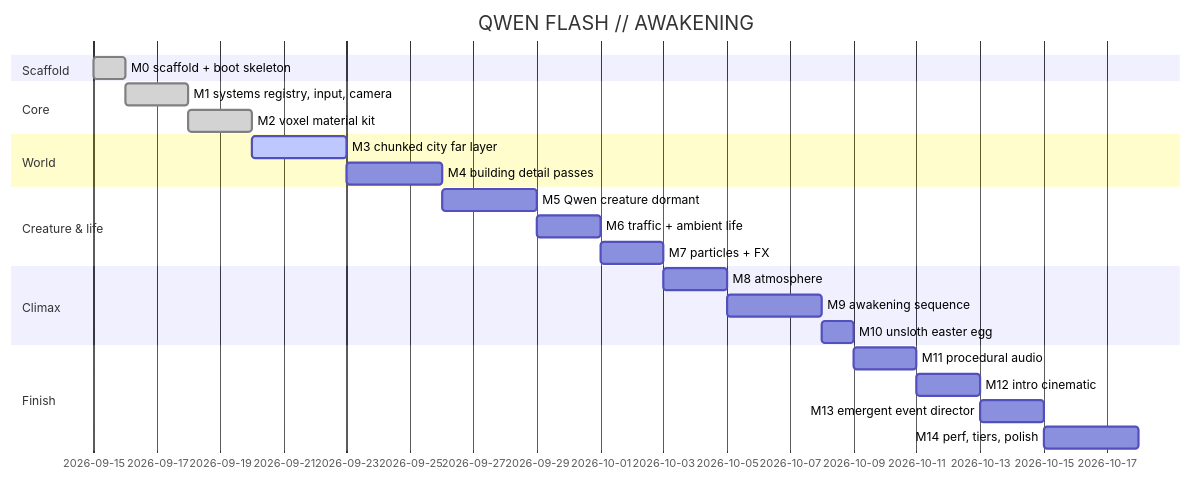
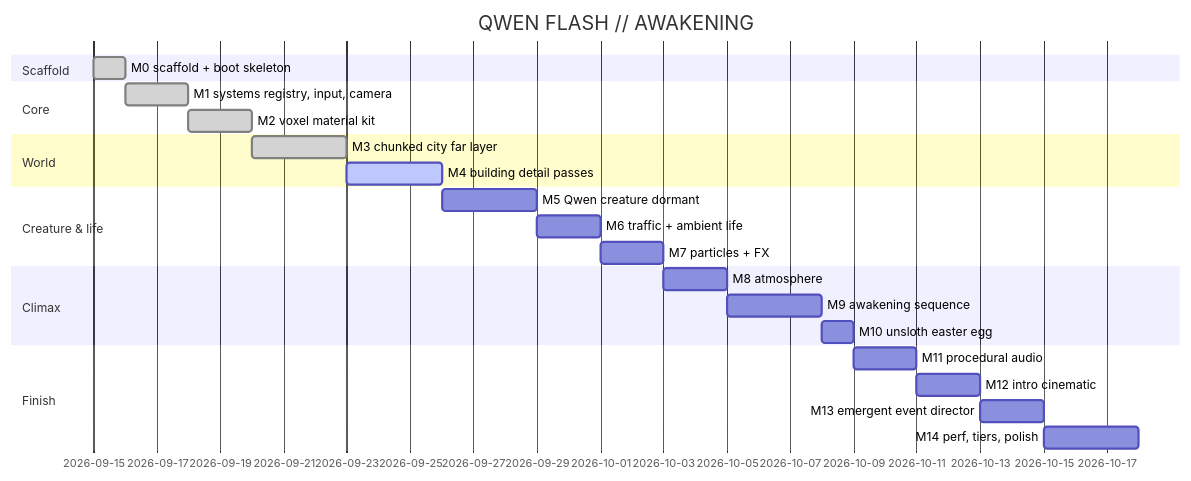
Before and after one commit to dilled/3dVoxelDemo: the diagram in brain/roadmap.md, drawn with Mermaid. The commit also changed other lines of this file and 7 other files, not shown here.

````diff
--- a/brain/roadmap.md
+++ b/brain/roadmap.md
@@ -12,26 +12,26 @@
 ```mermaid
 gantt
   title QWEN FLASH // AWAKENING
   dateFormat YYYY-MM-DD
   section Scaffold
   M0 scaffold + boot skeleton :done, m0, 2026-09-15, 1d
   section Core
   M1 systems registry, input, camera :done, m1, after m0, 2d
   M2 voxel material kit :done, m2, after m1, 2d
   section World
-  M3 chunked city far layer :active, m3, after m2, 3d
-  M4 building detail passes :m4, after m3, 3d
+  M3 chunked city far layer :done, m3, after m2, 3d
+  M4 building detail passes :active, m4, after m3, 3d
   section Creature & life
   M5 Qwen creature dormant :m5, after m4, 3d
   M6 traffic + ambient life :m6, after m5, 2d
   M7 particles + FX :m7, after m6, 2d
   section Climax
   M8 atmosphere :m8, after m7, 2d
   M9 awakening sequence :m9, after m8, 3d
   M10 unsloth easter egg :m10, after m9, 1d
   section Finish
   M11 procedural audio :m11, after m10, 2d
   M12 intro cinematic :m12, after m11, 2d
   M13 emergent event director :m13, after m12, 2d
   M14 perf, tiers, polish :m14, after m13, 3d
 ```
````
